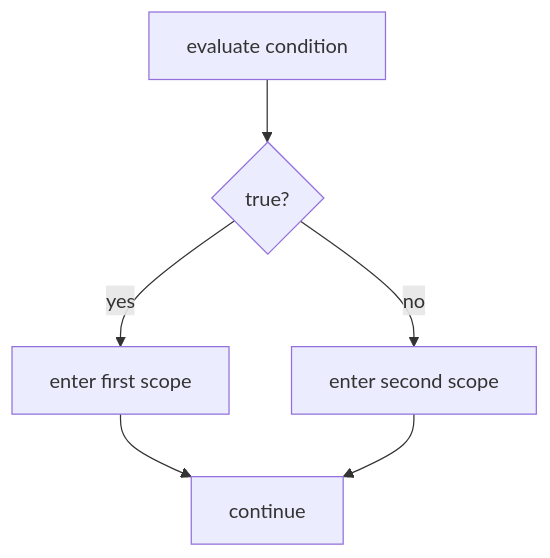
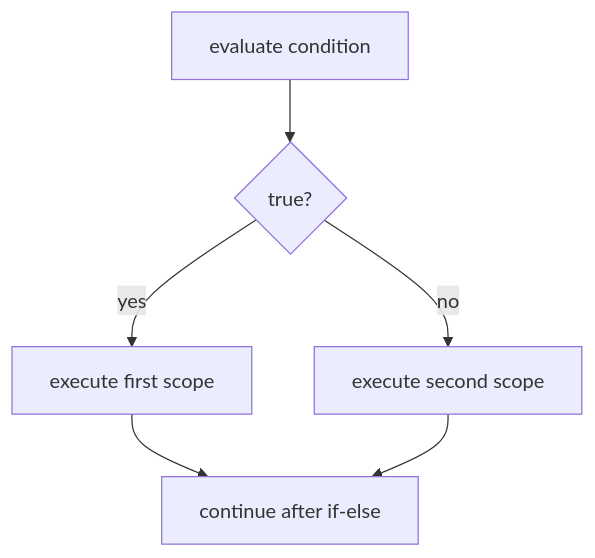
The second of 4 diagrams in content/ch1/ch1-3.md (Fundamentals-of-Computer-Science/FunCS), drawn with Mermaid before and after one commit. The commit also changed other lines of this file and 2 other files, not shown here.

````diff
--- a/content/ch1/ch1-3.md
+++ b/content/ch1/ch1-3.md
@@ -404,8 +422,8 @@
 ```mermaid
 flowchart TD
     A[evaluate condition] --> B{true?}
-    B -->|yes| C[enter first scope]
-    B -->|no| D[enter second scope]
-    C --> E[continue]
+    B -->|yes| C[execute first scope]
+    B -->|no| D[execute second scope]
+    C --> E[continue after if-else]
     D --> E
 ```
````
